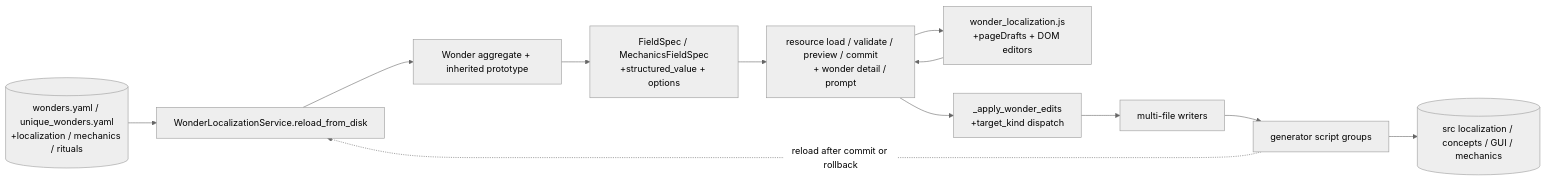
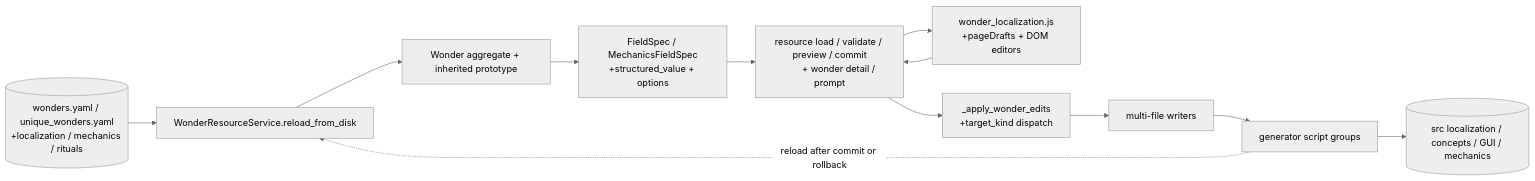
One commit to HLJSXK/eu5-towards-victory changed the second of 2 diagrams in docs/technical/Towards_Victory_Editor_Web_Assessment.md. Above: the diagram before and after it, drawn with Mermaid (neutral theme). The commit also changed other lines of this file and 28 other files, not shown here.

````diff
--- a/docs/technical/Towards_Victory_Editor_Web_Assessment.md
+++ b/docs/technical/Towards_Victory_Editor_Web_Assessment.md
@@ -167,17 +167,17 @@
 ```mermaid
 flowchart LR
     YAML[(wonders.yaml / unique_wonders.yaml\n+localization / mechanics / rituals)]
-    LOAD[WonderLocalizationService.reload_from_disk]
+    LOAD[WonderResourceService.reload_from_disk]
     AGG[Wonder aggregate + inherited prototype]
     SCHEMA[FieldSpec / MechanicsFieldSpec\n+structured_value + options]
     API[resource load / validate / preview / commit
         + wonder detail / prompt]
     UI[wonder_localization.js\n+pageDrafts + DOM editors]
     PARSE[_apply_wonder_edits\n+target_kind dispatch]
     WRITE[multi-file writers]
     GEN[generator script groups]
     OUT[(src localization / concepts / GUI / mechanics)]
     YAML --> LOAD --> AGG --> SCHEMA --> API --> UI
     UI --> API --> PARSE --> WRITE --> GEN --> OUT
     GEN -. reload after commit or rollback .-> LOAD
 ```
````
